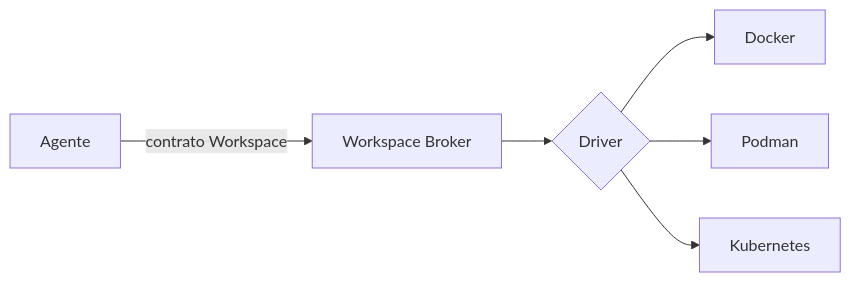
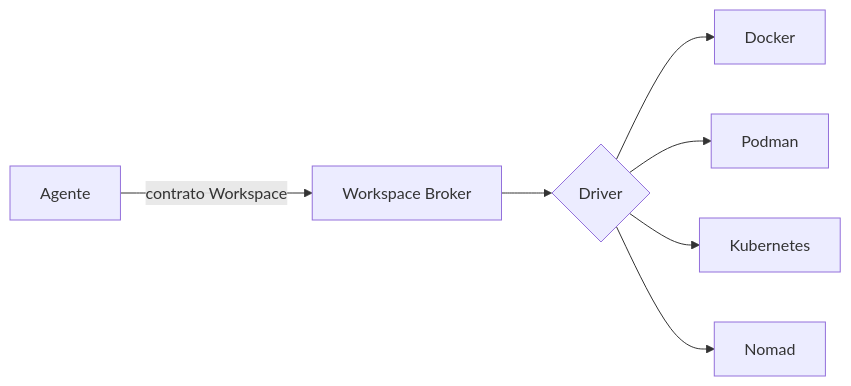
The diagram in investigacion/orquestacion-entornos/analisis/desacople-de-virtualizacion.md (osorio-cristian-wt/jafne), drawn with Mermaid before and after one commit. The commit also changed other lines of this file and 31 other files, not shown here.

````diff
--- a/investigacion/orquestacion-entornos/analisis/desacople-de-virtualizacion.md
+++ b/investigacion/orquestacion-entornos/analisis/desacople-de-virtualizacion.md
@@ -17,8 +17,9 @@
 ```mermaid
 flowchart LR
     A[Agente] -->|contrato Workspace| WB[Workspace Broker]
     WB --> D{Driver}
     D --> DK[Docker]
     D --> PD[Podman]
     D --> K8[Kubernetes]
+    D --> NM[Nomad]
 ```
````
